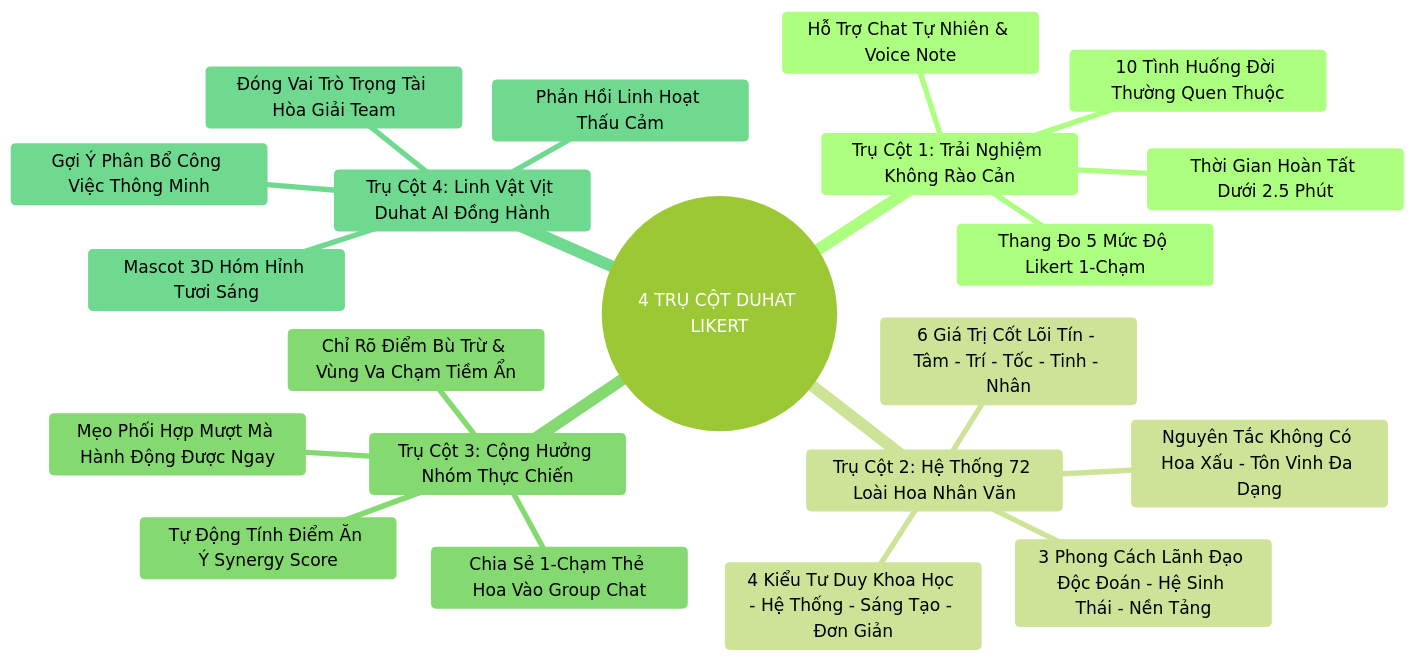
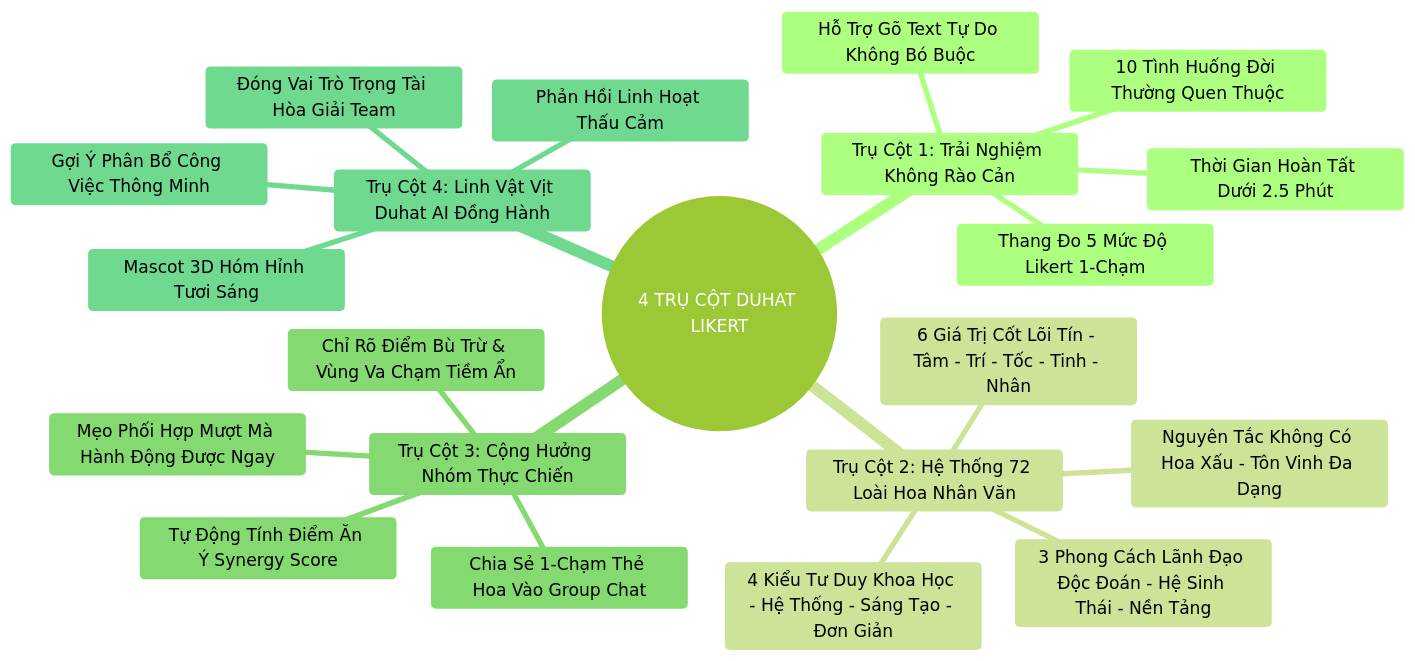
One commit to DaoThang38/duhat-personality-test changed the first of 2 diagrams in PRODUCT_VISION_DUHAT_LIKERT.md. Above: the diagram before and after it, drawn with Mermaid (forest theme). The commit also changed other lines of this file and 5 other files, not shown here.

Commit message:
fix: remove voice references and ensure only text input is specified; deploy package

````diff
--- a/PRODUCT_VISION_DUHAT_LIKERT.md
+++ b/PRODUCT_VISION_DUHAT_LIKERT.md
@@ -51,24 +51,24 @@
 ```mermaid
 mindmap
   root((4 TRỤ CỘT DUHAT LIKERT))
     Trụ Cột 1: Trải Nghiệm Không Rào Cản
       10 Tình Huống Đời Thường Quen Thuộc
       Thang Đo 5 Mức Độ Likert 1-Chạm
-      Hỗ Trợ Chat Tự Nhiên & Voice Note
+      Hỗ Trợ Gõ Text Tự Do Không Bó Buộc
       Thời Gian Hoàn Tất Dưới 2.5 Phút
     Trụ Cột 2: Hệ Thống 72 Loài Hoa Nhân Văn
       6 Giá Trị Cốt Lõi Tín - Tâm - Trí - Tốc - Tinh - Nhân
       3 Phong Cách Lãnh Đạo Độc Đoán - Hệ Sinh Thái - Nền Tảng
       4 Kiểu Tư Duy Khoa Học - Hệ Thống - Sáng Tạo - Đơn Giản
       Nguyên Tắc Không Có Hoa Xấu - Tôn Vinh Đa Dạng
     Trụ Cột 3: Cộng Hưởng Nhóm Thực Chiến
       Chia Sẻ 1-Chạm Thẻ Hoa Vào Group Chat
       Tự Động Tính Điểm Ăn Ý Synergy Score
       Chỉ Rõ Điểm Bù Trừ & Vùng Va Chạm Tiềm Ẩn
       Mẹo Phối Hợp Mượt Mà Hành Động Được Ngay
     Trụ Cột 4: Linh Vật Vịt Duhat AI Đồng Hành
       Mascot 3D Hóm Hỉnh Tươi Sáng
       Phản Hồi Linh Hoạt Thấu Cảm
       Đóng Vai Trò Trọng Tài Hòa Giải Team
       Gợi Ý Phân Bổ Công Việc Thông Minh
 ```
````
